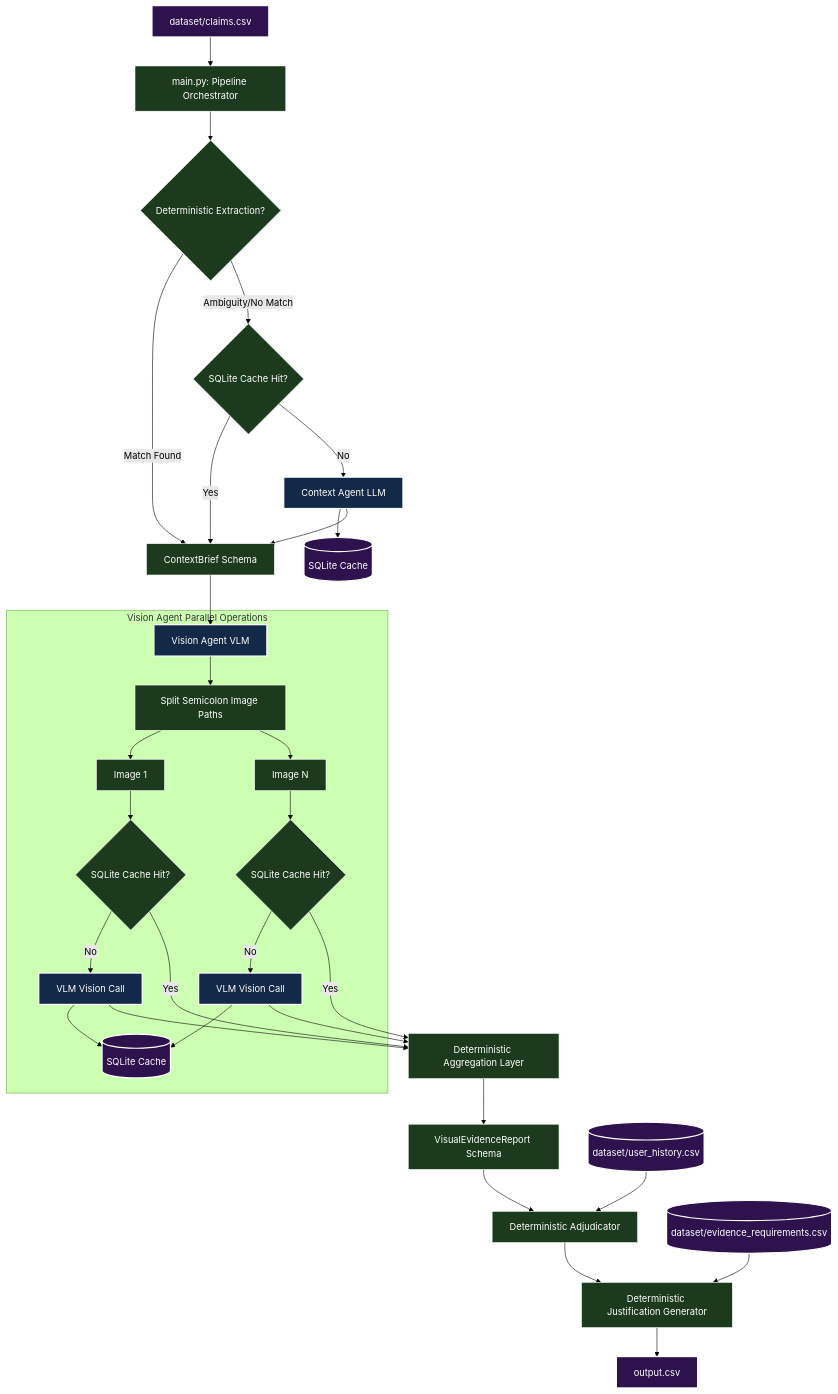
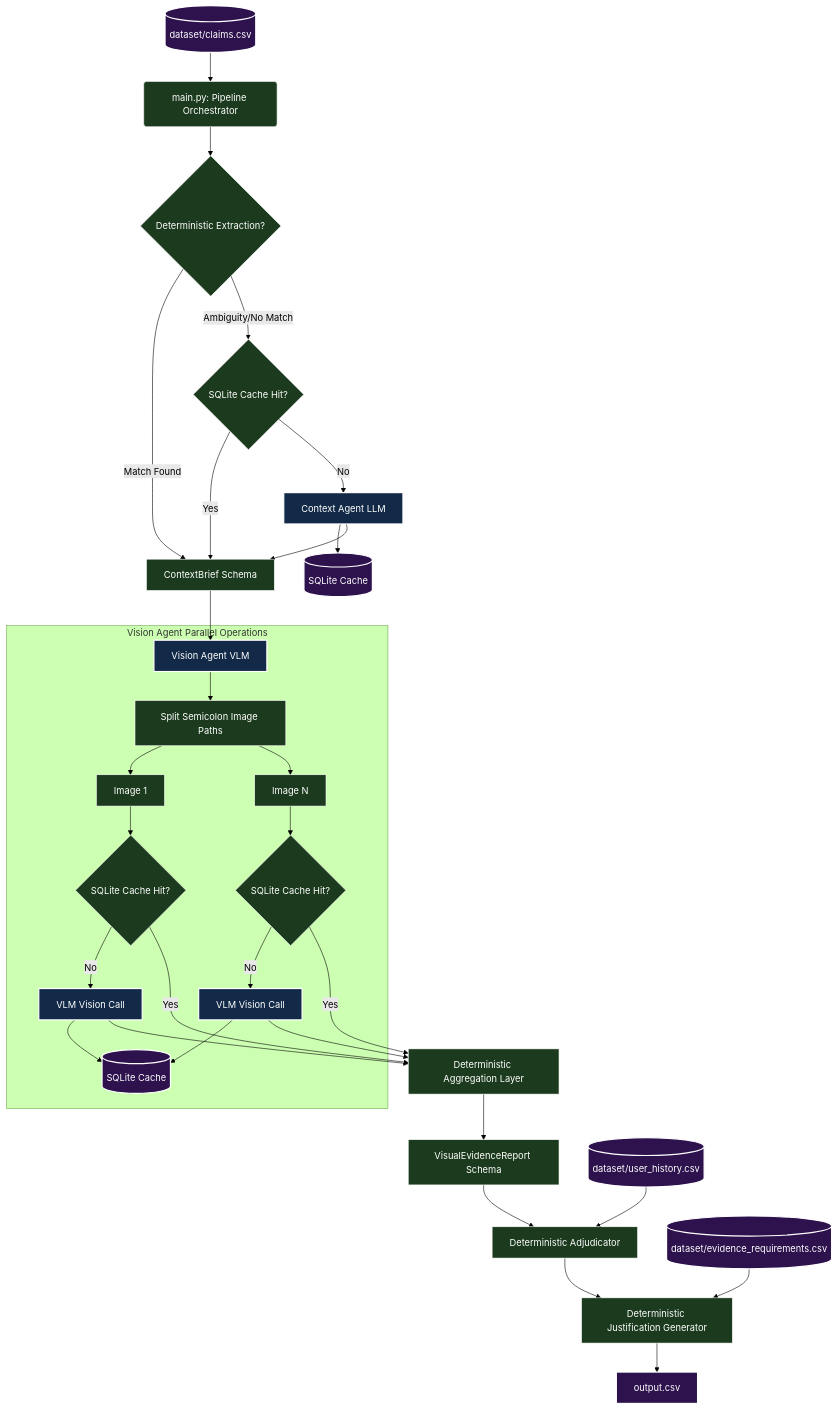
One commit to JoYizPsyKicK/Multi-Agent-Damage-Claim-Verification-System changed the diagram in README.md. Above: the diagram before and after it, drawn with Mermaid (forest theme).

````diff
--- a/README.md
+++ b/README.md
@@ -11,48 +11,67 @@
 ```mermaid
 graph TD
-    classDef db fill:#2d124d,stroke:#fff,stroke-width:2px,color:#fff;
-    classDef agent fill:#122a47,stroke:#fff,stroke-width:2px,color:#fff;
-    classDef step fill:#1c3b1e,stroke:#fff,stroke-width:1px,color:#fff;
-    classDef def fill:#222,stroke:#fff,stroke-width:1px,color:#fff;
-
-    Claims[dataset/claims.csv]:::db --> Orchestrator[main.py: Pipeline Orchestrator]:::step
+    Claims[(dataset/claims.csv)] --> Orchestrator(main.py: Pipeline Orchestrator)
     
-    Orchestrator --> ContextExt{Deterministic Extraction?}:::step
+    Orchestrator --> ContextExt{Deterministic Extraction?}
     
-    ContextExt -- Match Found --> ContextBrief[ContextBrief Schema]:::step
-    ContextExt -- Ambiguity/No Match --> ContextCacheCheck{SQLite Cache Hit?}:::step
+    ContextExt -- Match Found --> ContextBrief[ContextBrief Schema]
+    ContextExt -- Ambiguity/No Match --> ContextCacheCheck{SQLite Cache Hit?}
     
     ContextCacheCheck -- Yes --> ContextBrief
-    ContextCacheCheck -- No --> ContextLLM[Context Agent LLM]:::agent
-    ContextLLM --> CacheWrite1[(SQLite Cache)]:::db
+    ContextCacheCheck -- No --> ContextLLM[Context Agent LLM]
+    ContextLLM --> CacheWrite1[(SQLite Cache)]
     ContextLLM --> ContextBrief
     
-    ContextBrief --> VisionAgent[Vision Agent VLM]:::agent
+    ContextBrief --> VisionAgent[Vision Agent VLM]
     
     subgraph Vision Agent Parallel Operations
-        VisionAgent --> ImageSplit[Split Semicolon Image Paths]:::step
-        ImageSplit --> Image1[Image 1]:::step
-        ImageSplit --> ImageN[Image N]:::step
-        Image1 --> VisionCacheCheck1{SQLite Cache Hit?}:::step
-        ImageN --> VisionCacheCheckN{SQLite Cache Hit?}:::step
-        VisionCacheCheck1 -- No --> VLMCall1[VLM Vision Call]:::agent
-        VisionCacheCheckN -- No --> VLMCallN[VLM Vision Call]:::agent
-        VLMCall1 --> CacheWrite2[(SQLite Cache)]:::db
+        VisionAgent --> ImageSplit[Split Semicolon Image Paths]
+        ImageSplit --> Image1[Image 1]
+        ImageSplit --> ImageN[Image N]
+        Image1 --> VisionCacheCheck1{SQLite Cache Hit?}
+        ImageN --> VisionCacheCheckN{SQLite Cache Hit?}
+        VisionCacheCheck1 -- No --> VLMCall1[VLM Vision Call]
+        VisionCacheCheckN -- No --> VLMCallN[VLM Vision Call]
+        VLMCall1 --> CacheWrite2[(SQLite Cache)]
         VLMCallN --> CacheWrite2
     end
     
-    VisionCacheCheck1 -- Yes --> Aggregation[Deterministic Aggregation Layer]:::step
+    VisionCacheCheck1 -- Yes --> Aggregation[Deterministic Aggregation Layer]
     VisionCacheCheckN -- Yes --> Aggregation
     VLMCall1 --> Aggregation
     VLMCallN --> Aggregation
     
-    Aggregation --> VisualEvidence[VisualEvidenceReport Schema]:::step
+    Aggregation --> VisualEvidence[VisualEvidenceReport Schema]
     
-    VisualEvidence --> Adjudicator[Deterministic Adjudicator]:::step
-    History[(dataset/user_history.csv)]:::db --> Adjudicator
+    VisualEvidence --> Adjudicator[Deterministic Adjudicator]
+    History[(dataset/user_history.csv)] --> Adjudicator
     
-    Adjudicator --> Justification[Deterministic Justification Generator]:::step
-    Requirements[(dataset/evidence_requirements.csv)]:::db --> Justification
+    Adjudicator --> Justification[Deterministic Justification Generator]
+    Requirements[(dataset/evidence_requirements.csv)] --> Justification
     
-    Justification --> Output[output.csv]:::db
+    Justification --> Output[output.csv]
+
+    style Claims fill:#2d124d,stroke:#fff,stroke-width:2px,color:#fff
+    style Orchestrator fill:#1c3b1e,stroke:#fff,stroke-width:1px,color:#fff
+    style ContextExt fill:#1c3b1e,stroke:#fff,stroke-width:1px,color:#fff
+    style ContextBrief fill:#1c3b1e,stroke:#fff,stroke-width:1px,color:#fff
+    style ContextCacheCheck fill:#1c3b1e,stroke:#fff,stroke-width:1px,color:#fff
+    style ContextLLM fill:#122a47,stroke:#fff,stroke-width:2px,color:#fff
+    style CacheWrite1 fill:#2d124d,stroke:#fff,stroke-width:2px,color:#fff
+    style VisionAgent fill:#122a47,stroke:#fff,stroke-width:2px,color:#fff
+    style ImageSplit fill:#1c3b1e,stroke:#fff,stroke-width:1px,color:#fff
+    style Image1 fill:#1c3b1e,stroke:#fff,stroke-width:1px,color:#fff
+    style ImageN fill:#1c3b1e,stroke:#fff,stroke-width:1px,color:#fff
+    style VisionCacheCheck1 fill:#1c3b1e,stroke:#fff,stroke-width:1px,color:#fff
+    style VisionCacheCheckN fill:#1c3b1e,stroke:#fff,stroke-width:1px,color:#fff
+    style VLMCall1 fill:#122a47,stroke:#fff,stroke-width:2px,color:#fff
+    style VLMCallN fill:#122a47,stroke:#fff,stroke-width:2px,color:#fff
+    style CacheWrite2 fill:#2d124d,stroke:#fff,stroke-width:2px,color:#fff
+    style Aggregation fill:#1c3b1e,stroke:#fff,stroke-width:1px,color:#fff
+    style VisualEvidence fill:#1c3b1e,stroke:#fff,stroke-width:1px,color:#fff
+    style Adjudicator fill:#1c3b1e,stroke:#fff,stroke-width:1px,color:#fff
+    style History fill:#2d124d,stroke:#fff,stroke-width:2px,color:#fff
+    style Justification fill:#1c3b1e,stroke:#fff,stroke-width:1px,color:#fff
+    style Requirements fill:#2d124d,stroke:#fff,stroke-width:2px,color:#fff
+    style Output fill:#2d124d,stroke:#fff,stroke-width:2px,color:#fff
 ```
````
